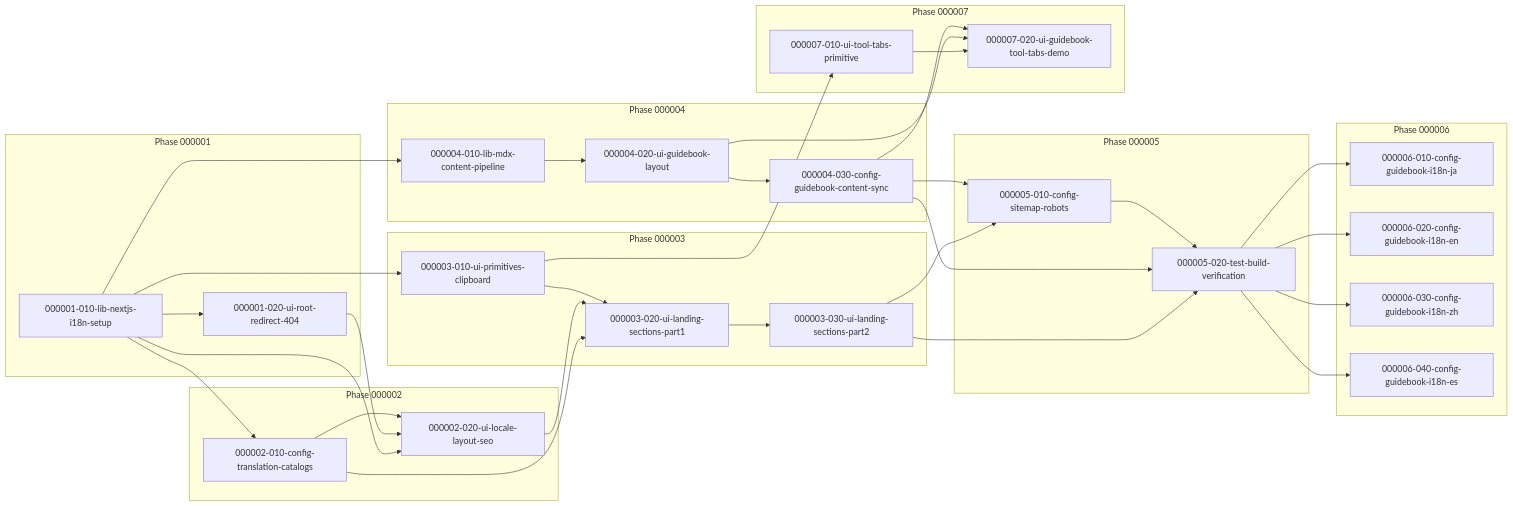
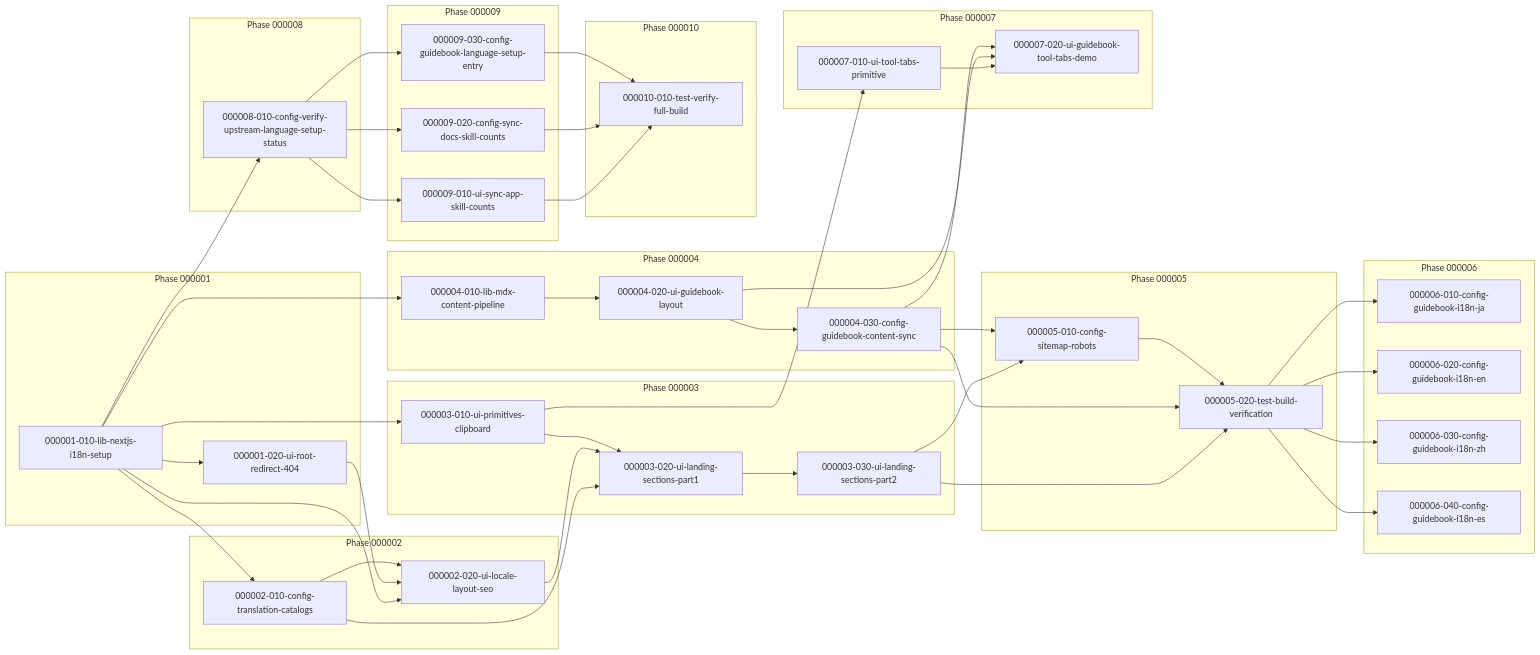
The diagram in tasks/dependency-graph.md (yongwoon/ywc-agent-toolkit-lp), drawn with Mermaid before and after one commit. The commit also changed other lines of this file and 13 other files, not shown here.

Commit message:
Add language setup sync tasks

````diff
--- a/tasks/dependency-graph.md
+++ b/tasks/dependency-graph.md
@@ -51,59 +66,77 @@
 ```mermaid
 graph LR
   subgraph Phase 000001
     A1[000001-010-lib-nextjs-i18n-setup] --> A2[000001-020-ui-root-redirect-404]
   end
   subgraph Phase 000002
     B1[000002-010-config-translation-catalogs]
     B2[000002-020-ui-locale-layout-seo]
     A1 --> B1
     A1 --> B2
     A2 --> B2
     B1 --> B2
   end
   subgraph Phase 000003
     C1[000003-010-ui-primitives-clipboard]
     C2[000003-020-ui-landing-sections-part1]
     C3[000003-030-ui-landing-sections-part2]
     A1 --> C1
     B1 --> C2
     B2 --> C2
     C1 --> C2
     C2 --> C3
   end
   subgraph Phase 000004
     D1[000004-010-lib-mdx-content-pipeline]
     D2[000004-020-ui-guidebook-layout]
     D3[000004-030-config-guidebook-content-sync]
     A1 --> D1
     D1 --> D2
     D2 --> D3
   end
   subgraph Phase 000005
     E1[000005-010-config-sitemap-robots]
     E2[000005-020-test-build-verification]
     C3 --> E1
     D3 --> E1
     C3 --> E2
     D3 --> E2
     E1 --> E2
   end
   subgraph Phase 000006
     F1[000006-010-config-guidebook-i18n-ja]
     F2[000006-020-config-guidebook-i18n-en]
     F3[000006-030-config-guidebook-i18n-zh]
     F4[000006-040-config-guidebook-i18n-es]
     E2 --> F1
     E2 --> F2
     E2 --> F3
     E2 --> F4
   end
   subgraph Phase 000007
     G1[000007-010-ui-tool-tabs-primitive]
     G2[000007-020-ui-guidebook-tool-tabs-demo]
     C1 --> G1
     G1 --> G2
     D2 --> G2
     D3 --> G2
   end
+  subgraph Phase 000008
+    H1[000008-010-config-verify-upstream-language-setup-status]
+    A1 --> H1
+  end
+  subgraph Phase 000009
+    I1[000009-010-ui-sync-app-skill-counts]
+    I2[000009-020-config-sync-docs-skill-counts]
+    I3[000009-030-config-guidebook-language-setup-entry]
+    H1 --> I1
+    H1 --> I2
+    H1 --> I3
+  end
+  subgraph Phase 000010
+    J1[000010-010-test-verify-full-build]
+    I1 --> J1
+    I2 --> J1
+    I3 --> J1
+  end
 ```
````
